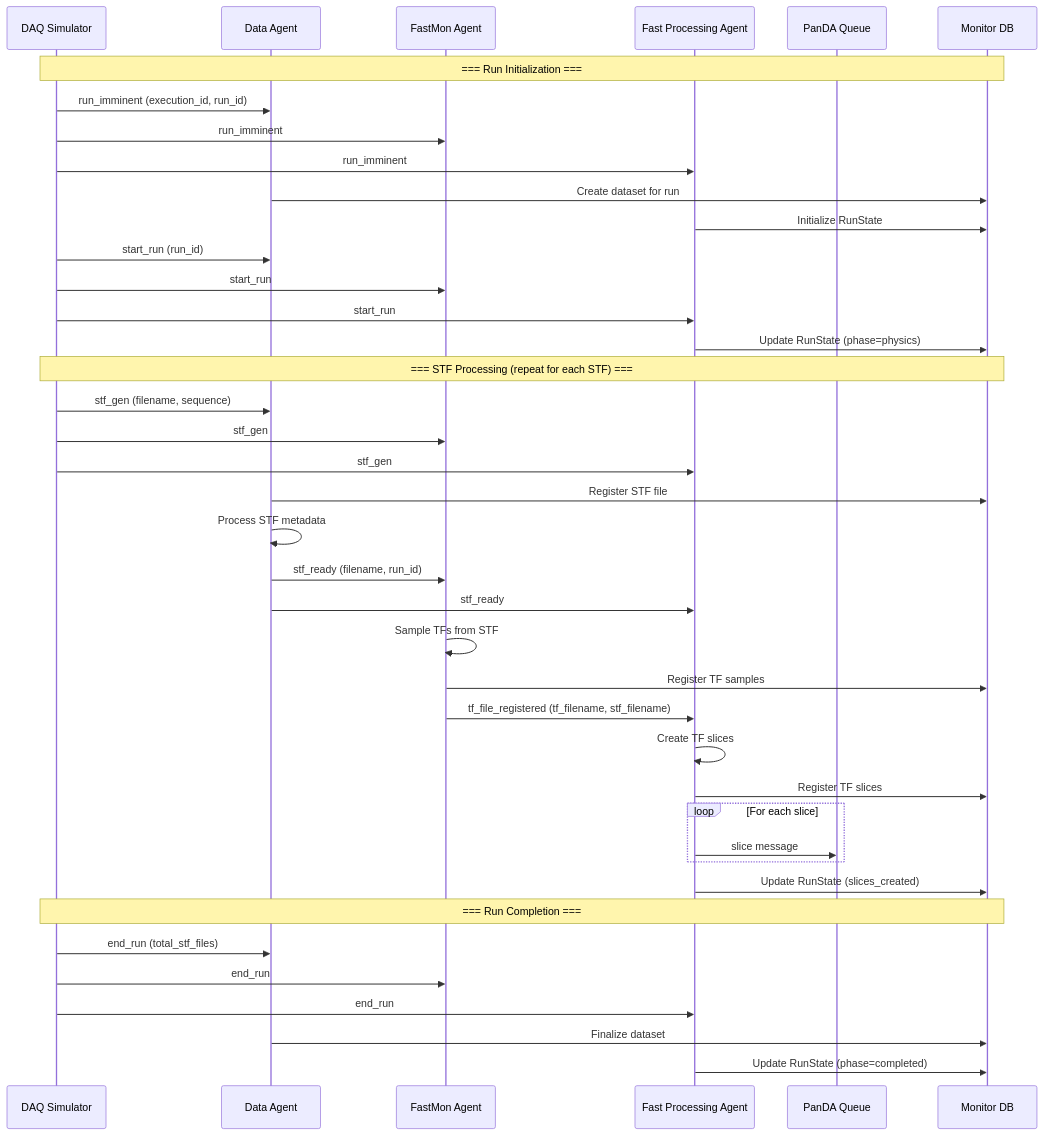
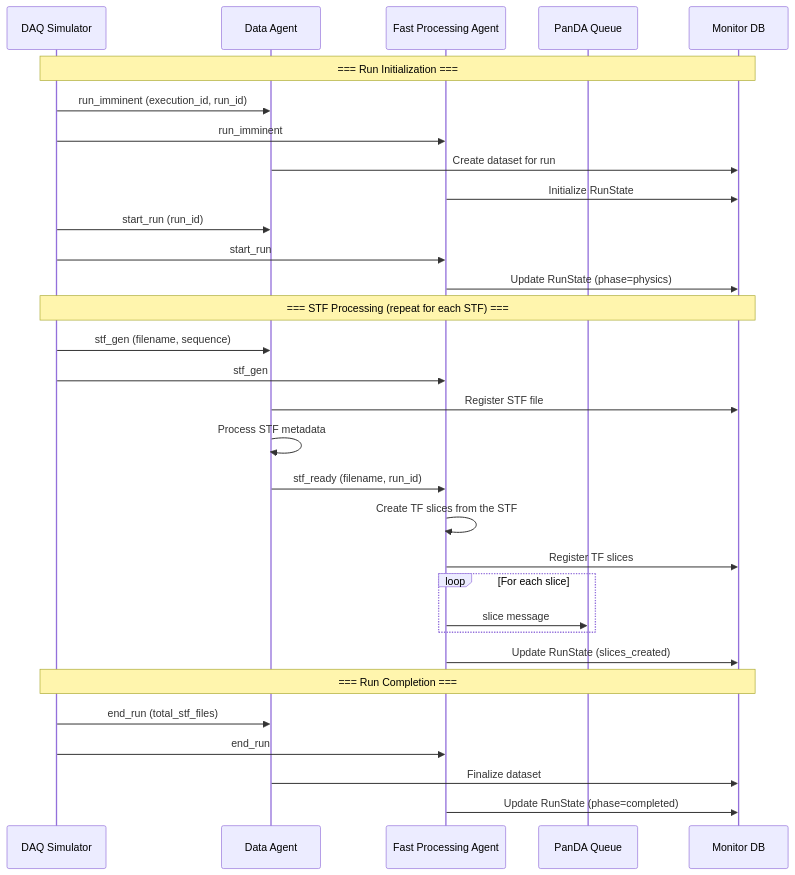
The second of 5 diagrams in docs/fast-processing-workflow.md (BNLNPPS/swf-testbed), drawn with Mermaid before and after one commit. The commit also changed other lines of this file, not shown here.

First line of the commit message:
Fast processing doc: the simplified chain is the design of record

````diff
--- a/docs/fast-processing-workflow.md
+++ b/docs/fast-processing-workflow.md
@@ -39,55 +36,45 @@
 ```mermaid
 sequenceDiagram
     participant DS as DAQ Simulator
     participant DA as Data Agent
-    participant FM as FastMon Agent
     participant FP as Fast Processing Agent
     participant PQ as PanDA Queue
     participant MON as Monitor DB
 
     Note over DS,MON: === Run Initialization ===
 
     DS->>DA: run_imminent (execution_id, run_id)
-    DS->>FM: run_imminent
     DS->>FP: run_imminent
     DA->>MON: Create dataset for run
     FP->>MON: Initialize RunState
 
     DS->>DA: start_run (run_id)
-    DS->>FM: start_run
     DS->>FP: start_run
     FP->>MON: Update RunState (phase=physics)
 
     Note over DS,MON: === STF Processing (repeat for each STF) ===
 
     DS->>DA: stf_gen (filename, sequence)
-    DS->>FM: stf_gen
     DS->>FP: stf_gen
 
     DA->>MON: Register STF file
     DA->>DA: Process STF metadata
-    DA->>FM: stf_ready (filename, run_id)
-    DA->>FP: stf_ready
+    DA->>FP: stf_ready (filename, run_id)
 
-    FM->>FM: Sample TFs from STF
-    FM->>MON: Register TF samples
-    FM->>FP: tf_file_registered (tf_filename, stf_filename)
-
-    FP->>FP: Create TF slices
+    FP->>FP: Create TF slices from the STF
     FP->>MON: Register TF slices
 
     loop For each slice
         FP->>PQ: slice message
     end
 
     FP->>MON: Update RunState (slices_created)
 
     Note over DS,MON: === Run Completion ===
 
     DS->>DA: end_run (total_stf_files)
-    DS->>FM: end_run
     DS->>FP: end_run
 
     DA->>MON: Finalize dataset
     FP->>MON: Update RunState (phase=completed)
 ```
````
